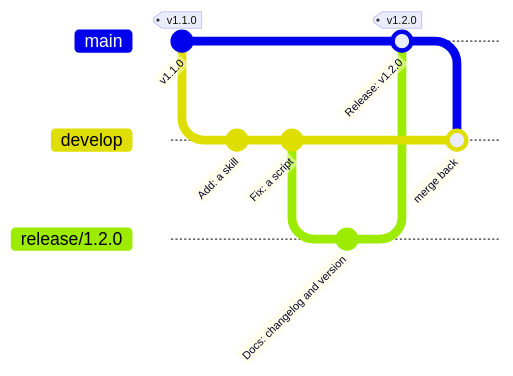
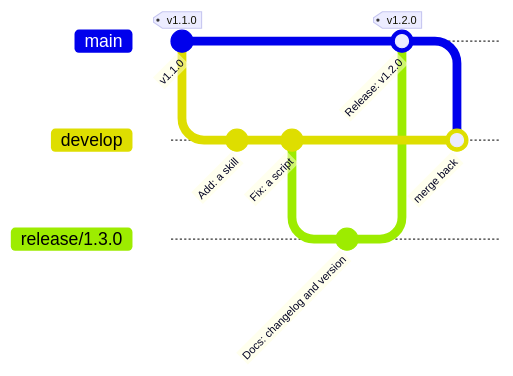
One commit to nickyjacobs/NEST changed the diagram in docs/project/releasing.md. Above: the diagram before and after it, drawn with Mermaid. The commit also changed other lines of this file and 7 other files, not shown here.

````diff
--- a/docs/project/releasing.md
+++ b/docs/project/releasing.md
@@ -10,13 +10,13 @@
 ```mermaid
 gitGraph
     commit id: "v1.1.0" tag: "v1.1.0"
     branch develop
     commit id: "Add: a skill"
     commit id: "Fix: a script"
-    branch release/1.2.0
+    branch release/1.3.0
     commit id: "Docs: changelog and version"
     checkout main
-    merge release/1.2.0 id: "Release: v1.2.0" tag: "v1.2.0"
+    merge release/1.3.0 id: "Release: v1.2.0" tag: "v1.2.0"
     checkout develop
     merge main id: "merge back"
 ```
````
